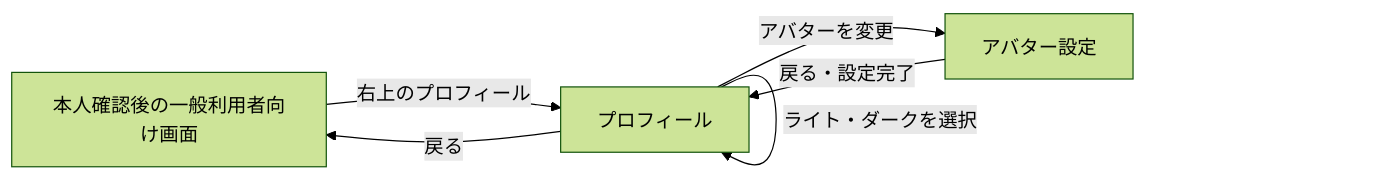
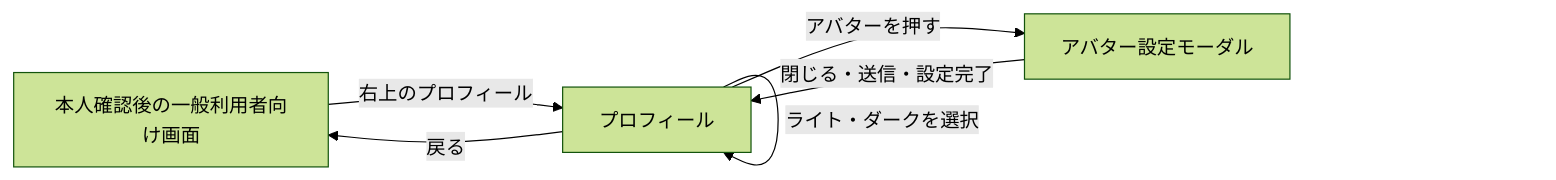
Before and after one commit to kkyosuke/me-builder: the second of 7 diagrams in docs/product/screen-navigation.md, drawn with Mermaid (forest theme). The commit also changed other lines of this file and 20 other files, not shown here.

````diff
--- a/docs/product/screen-navigation.md
+++ b/docs/product/screen-navigation.md
@@ -165,8 +165,8 @@
 ```mermaid
 flowchart LR
     S[本人確認後の一般利用者向け画面] -->|右上のプロフィール| P[プロフィール]
-    P -->|アバターを変更| A[アバター設定]
-    A -->|戻る・設定完了| P
+    P -->|アバターを押す| A[アバター設定モーダル]
+    A -->|閉じる・送信・設定完了| P
     P -->|ライト・ダークを選択| P
     P -->|戻る| S
 ```
````
